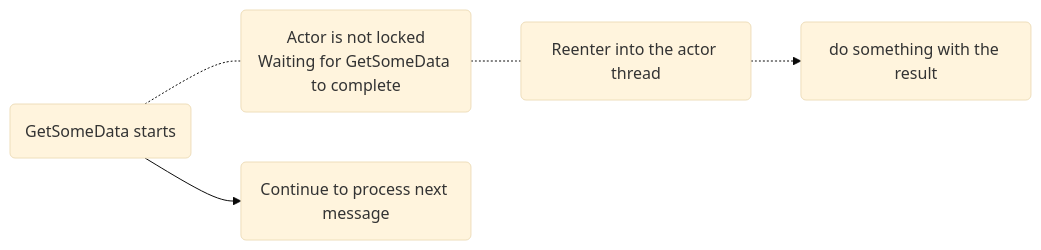
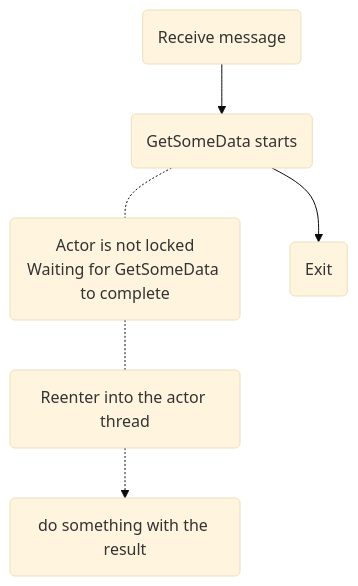
The second of 2 diagrams in hugo/content/docs/reenter.md (asynkron/protoactor-website), drawn with Mermaid (base theme) before and after one commit. The commit also changed other lines of this file, not shown here.

````diff
--- a/hugo/content/docs/reenter.md
+++ b/hugo/content/docs/reenter.md
@@ -65,14 +66,15 @@
 ```mermaid
-    graph LR
+    graph TB
+    receive(Receive message)
     start(GetSomeData starts)
     await(Reenter into the actor thread)
     blocked(Actor is not locked<br>Waiting for GetSomeData to complete)
     class blocked gray
     rest(do something with the result)
-    next(Continue to process next message)
+    exit(Exit)
 
-start --> next
+receive --> start --> exit
 start -.- blocked -.- await -.-> rest
 
 
 ```
````
